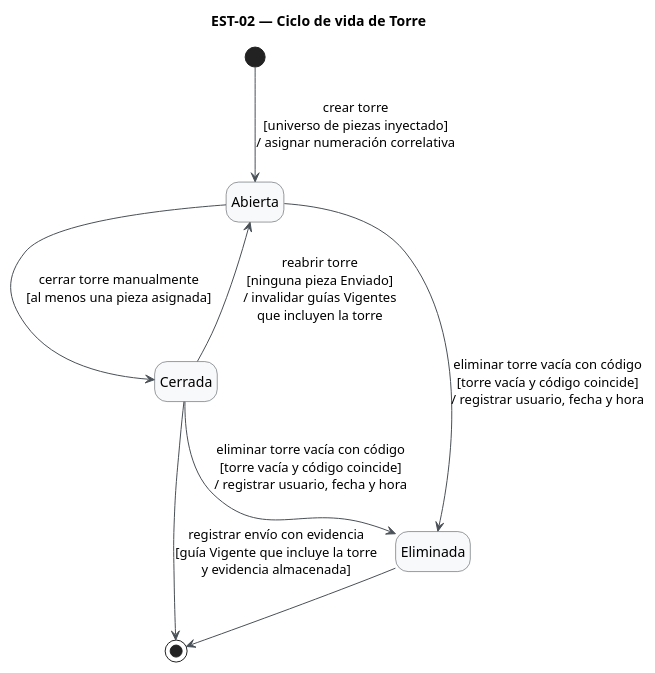
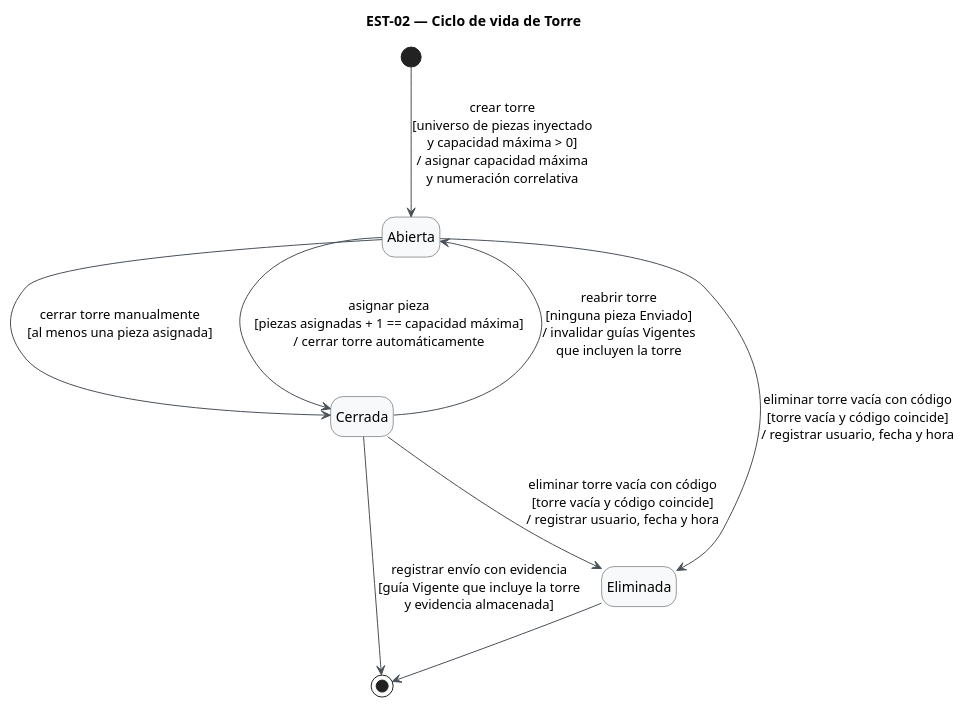
Before and after one commit to Foyzen-Kaze/snapsip: the diagram in diagramas/est-02.puml, drawn with PlantUML. The commit also changed 6 other files, not shown here.

Commit message:
diagramas de estado y secuencia actualizados

```diff
--- a/diagramas/est-02.puml
+++ b/diagramas/est-02.puml
@@ -1,20 +1,27 @@
 @startuml est-02
 title EST-02 — Ciclo de vida de Torre
 hide empty description
 skinparam shadowing false
 skinparam state {
   BackgroundColor #F8F9FA
   BorderColor #343A40
   ArrowColor #495057
   StartColor #343A40
   EndColor #343A40
 }
 
-[*] --> Abierta : crear torre\n[universo de piezas inyectado]\n/ asignar numeración correlativa
+[*] --> Abierta : crear torre\n[universo de piezas inyectado\ny capacidad máxima > 0]\n/ asignar capacidad máxima\ny numeración correlativa
+
+
 Abierta --> Cerrada : cerrar torre manualmente\n[al menos una pieza asignada]
+
+Abierta --> Cerrada : asignar pieza\n[piezas asignadas + 1 == capacidad máxima]\n/ cerrar torre automáticamente
+
 Cerrada --> Abierta : reabrir torre\n[ninguna pieza Enviado]\n/ invalidar guías Vigentes\nque incluyen la torre
+
 Abierta --> Eliminada : eliminar torre vacía con código\n[torre vacía y código coincide]\n/ registrar usuario, fecha y hora
 Cerrada --> Eliminada : eliminar torre vacía con código\n[torre vacía y código coincide]\n/ registrar usuario, fecha y hora
+
 Cerrada --> [*] : registrar envío con evidencia\n[guía Vigente que incluye la torre\ny evidencia almacenada]
 Eliminada --> [*]
 @enduml
```
